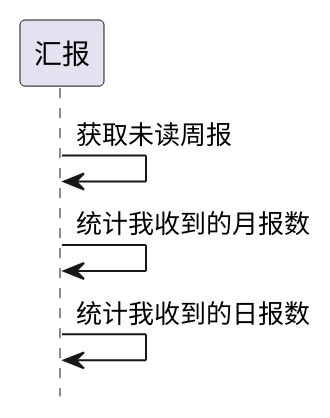
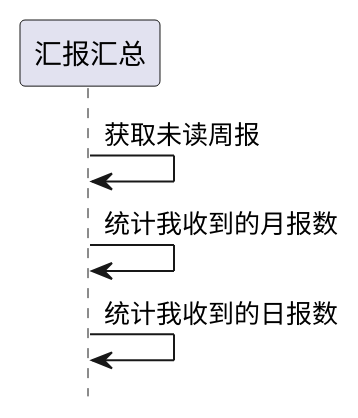
Before and after one commit to zj335841911/nt_chandao: the second of 2 diagrams in ibizpms-docs/src/main/doc/v1/module/report/IbzReport_old.md, drawn with PlantUML. The commit also changed other lines of this file and 72 other files, not shown here.

```diff
--- a/ibizpms-docs/src/main/doc/v1/module/report/IbzReport_old.md
+++ b/ibizpms-docs/src/main/doc/v1/module/report/IbzReport_old.md
@@ -118,7 +118,7 @@
 {% plantuml %}
 hide footbox
 
-汇报 -> 汇报: 获取未读周报
-汇报 -> 汇报: 统计我收到的月报数
-汇报 -> 汇报: 统计我收到的日报数
+汇报汇总 -> 汇报汇总: 获取未读周报
+汇报汇总 -> 汇报汇总: 统计我收到的月报数
+汇报汇总 -> 汇报汇总: 统计我收到的日报数
 {% endplantuml %}
```
